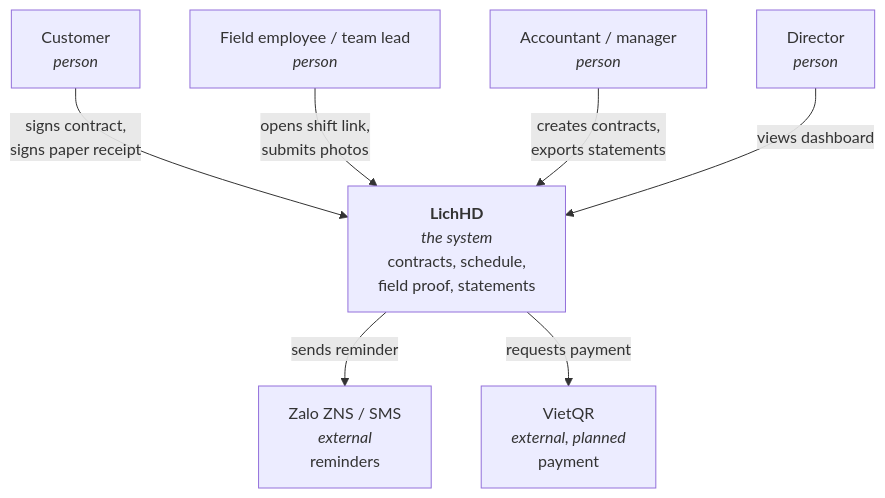
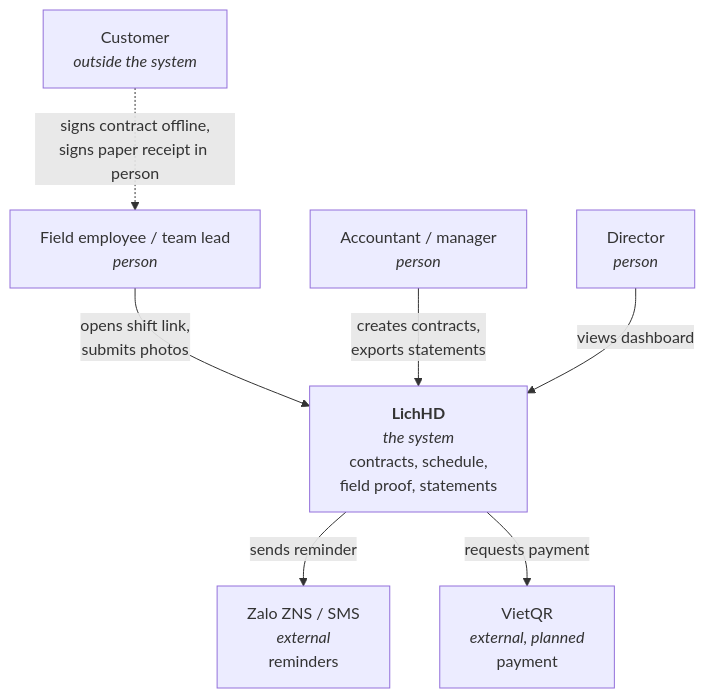
Before and after one commit to dDxCg/contrack: the second of 5 diagrams in README.md, drawn with Mermaid. The commit also changed other lines of this file and 2 other files, not shown here.

````diff
--- a/README.md
+++ b/README.md
@@ -94,20 +92,20 @@
 ```mermaid
 flowchart TB
-    customer["Customer<br/><i>person</i>"]
+    customer["Customer<br/><i>outside the system</i>"]
     employee["Field employee / team lead<br/><i>person</i>"]
     accountant["Accountant / manager<br/><i>person</i>"]
     director["Director<br/><i>person</i>"]
 
     lichhd["<b>LichHD</b><br/><i>the system</i><br/>contracts, schedule,<br/>field proof, statements"]
 
     zalo["Zalo ZNS / SMS<br/><i>external</i><br/>reminders"]
     vietqr["VietQR<br/><i>external, planned</i><br/>payment"]
 
-    customer -->|"signs contract,<br/>signs paper receipt"| lichhd
+    customer -.->|"signs contract offline,<br/>signs paper receipt in person"| employee
     employee -->|"opens shift link,<br/>submits photos"| lichhd
     accountant -->|"creates contracts,<br/>exports statements"| lichhd
     director -->|"views dashboard"| lichhd
 
     lichhd -->|"sends reminder"| zalo
     lichhd -->|"requests payment"| vietqr
 ```
````
